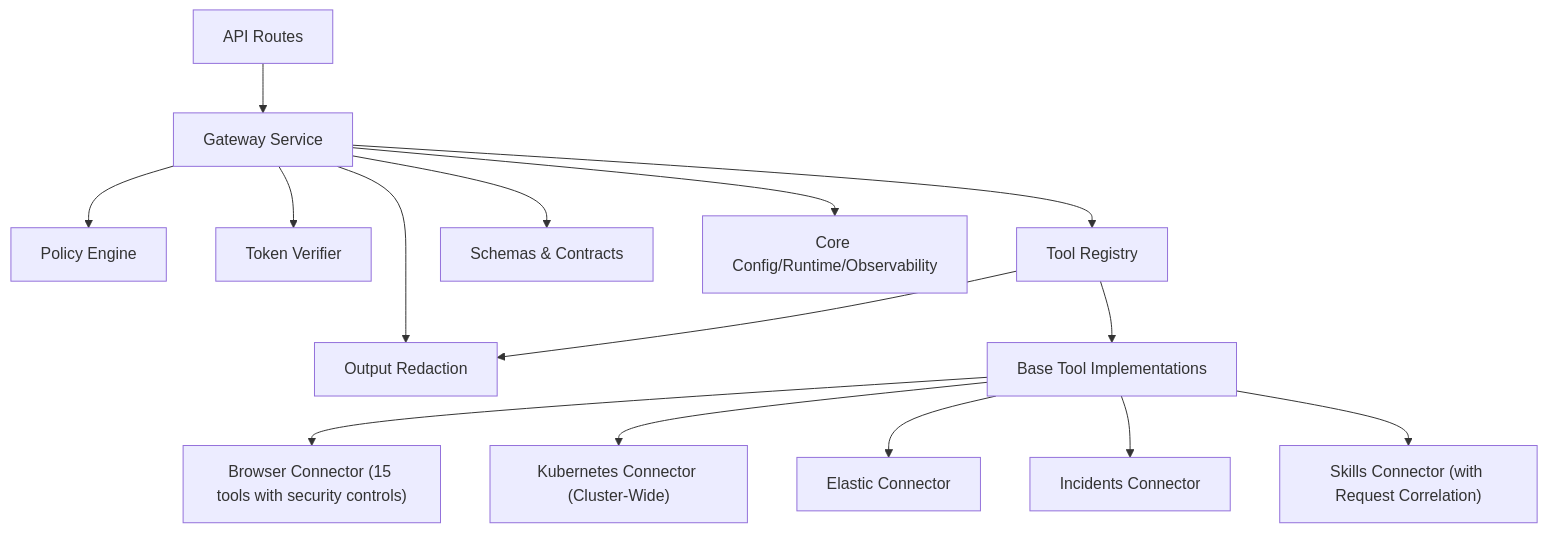
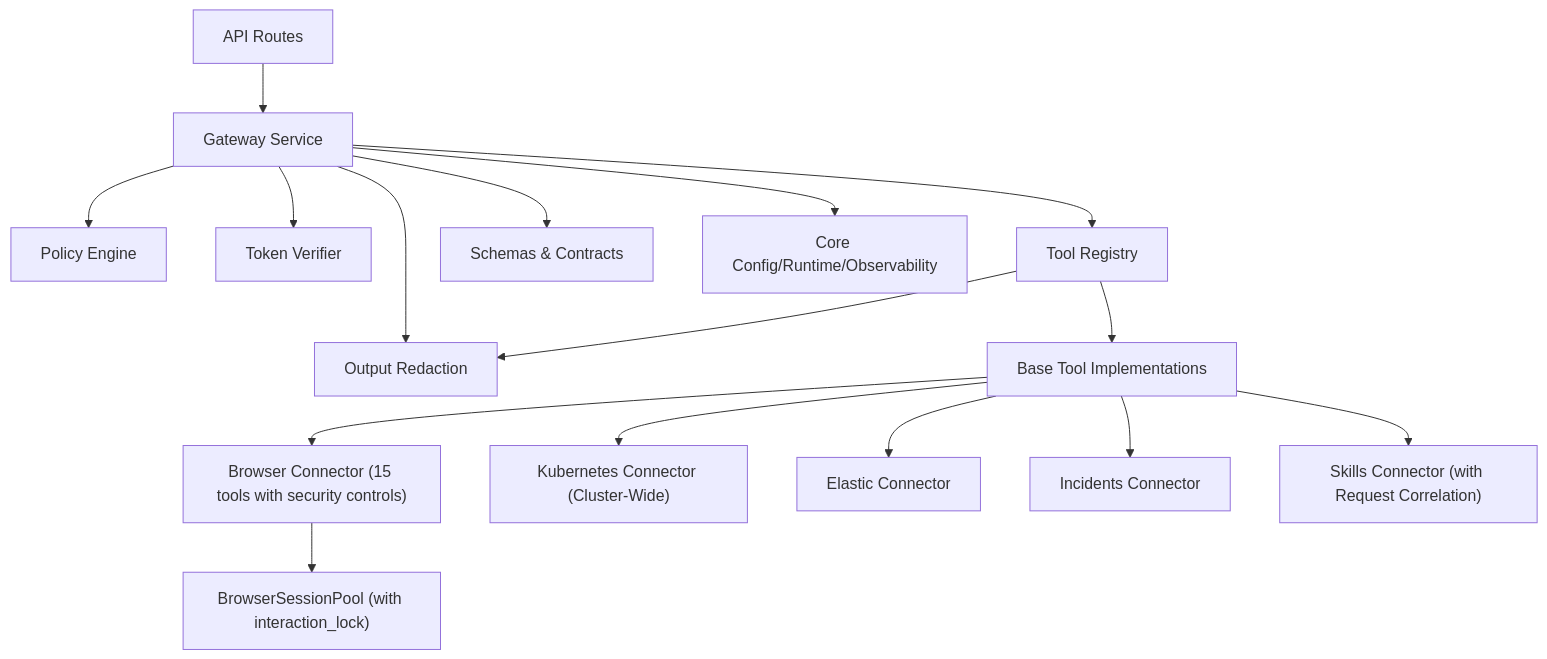
Diagram 16 of 16 in .qoder/repowiki/en/content/Tool Gateway Service/Tool Gateway Service.md (metasync/luban-aiops), drawn with Mermaid before and after one commit. The commit also changed other lines of this file and 47 other files, not shown here.

````diff
--- a/.qoder/repowiki/en/content/Tool Gateway Service/Tool Gateway Service.md
+++ b/.qoder/repowiki/en/content/Tool Gateway Service/Tool Gateway Service.md
@@ -944,17 +1064,18 @@
 ```mermaid
 graph TB
 Routes["API Routes"] --> Services["Gateway Service"]
 Services --> Policy["Policy Engine"]
 Services --> Token["Token Verifier"]
 Services --> Registry["Tool Registry"]
 Services --> Redaction["Output Redaction"]
 Registry --> Tools["Base Tool Implementations"]
 Registry --> Redaction
 Tools --> Browser["Browser Connector (15 tools with security controls)"]
 Tools --> K8s["Kubernetes Connector (Cluster-Wide)"]
 Tools --> Elastic["Elastic Connector"]
 Tools --> Incidents["Incidents Connector"]
 Tools --> Skills["Skills Connector (with Request Correlation)"]
+Browser --> SessionPool["BrowserSessionPool (with interaction_lock)"]
 Services --> Schemas["Schemas & Contracts"]
 Services --> Core["Core Config/Runtime/Observability"]
 ```
````
